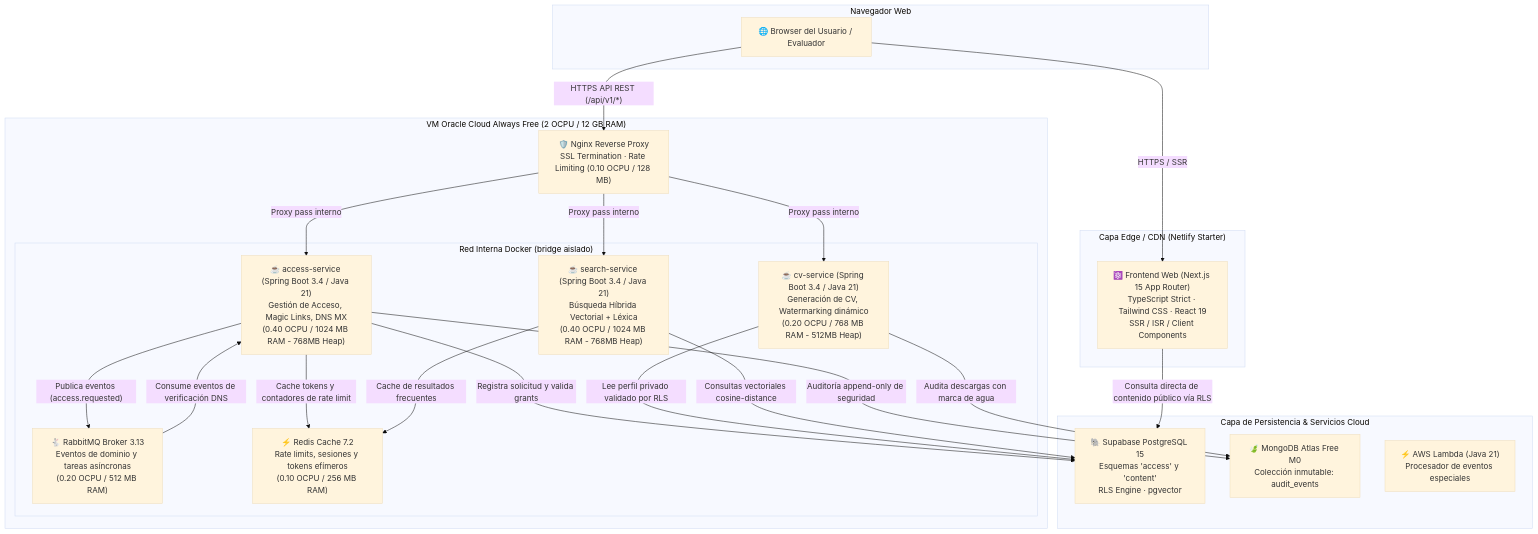
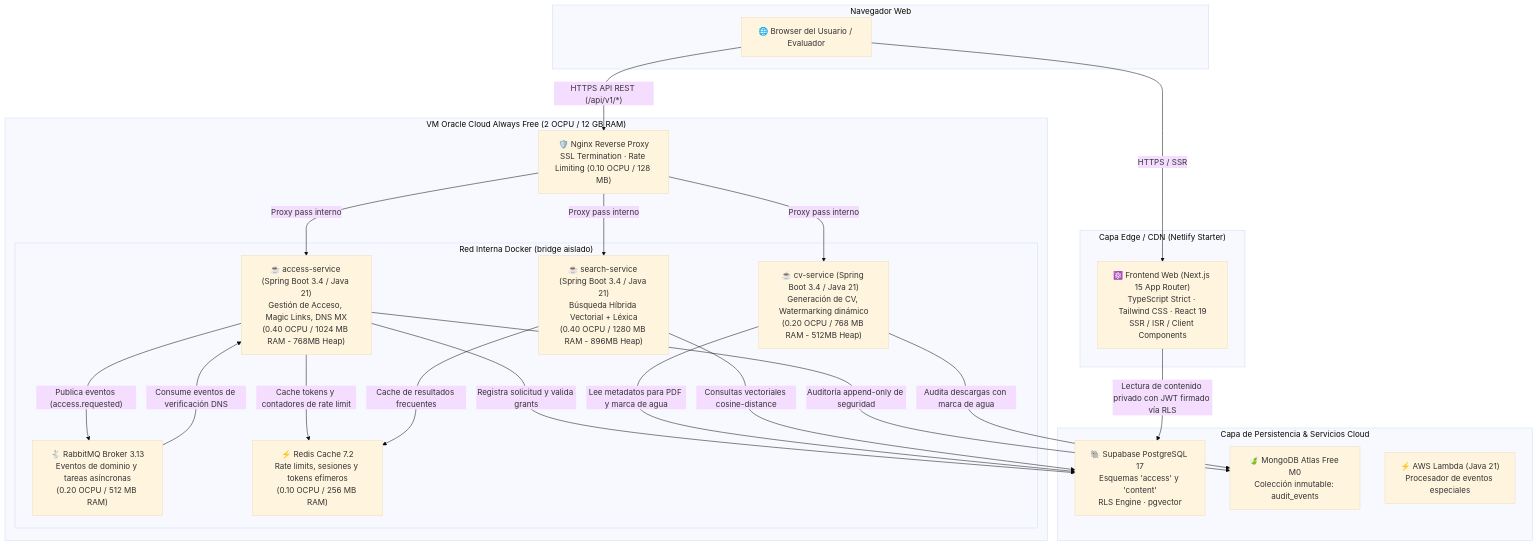
The second of 4 diagrams in docs/02-diseno/01-arquitectura-c4.md (hamartinez9408/ProyectoHV), drawn with Mermaid (base theme) before and after one commit. The commit also changed other lines of this file and 7 other files, not shown here.

````diff
--- a/docs/02-diseno/01-arquitectura-c4.md
+++ b/docs/02-diseno/01-arquitectura-c4.md
@@ -55,48 +55,48 @@
 ```mermaid
 flowchart TB
     subgraph Cliente["Navegador Web"]
         Browser["🌐 Browser del Usuario / Evaluador"]
     end
 
     subgraph EdgeNetlify["Capa Edge / CDN (Netlify Starter)"]
         NextFrontend["⚛️ Frontend Web (Next.js 15 App Router)<br/>TypeScript Strict · Tailwind CSS · React 19<br/>SSR / ISR / Client Components"]
     end
 
     subgraph VMOracle["VM Oracle Cloud Always Free (2 OCPU / 12 GB RAM)"]
         Nginx["🛡️ Nginx Reverse Proxy<br/>SSL Termination · Rate Limiting (0.10 OCPU / 128 MB)"]
         
         subgraph DockerNetwork["Red Interna Docker (bridge aislado)"]
             AccessSvc["☕ access-service (Spring Boot 3.4 / Java 21)<br/>Gestión de Acceso, Magic Links, DNS MX<br/>(0.40 OCPU / 1024 MB RAM - 768MB Heap)"]
             CvSvc["☕ cv-service (Spring Boot 3.4 / Java 21)<br/>Generación de CV, Watermarking dinámico<br/>(0.20 OCPU / 768 MB RAM - 512MB Heap)"]
-            SearchSvc["☕ search-service (Spring Boot 3.4 / Java 21)<br/>Búsqueda Híbrida Vectorial + Léxica<br/>(0.40 OCPU / 1024 MB RAM - 768MB Heap)"]
+            SearchSvc["☕ search-service (Spring Boot 3.4 / Java 21)<br/>Búsqueda Híbrida Vectorial + Léxica<br/>(0.40 OCPU / 1280 MB RAM - 896MB Heap)"]
             RabbitMQ["🐇 RabbitMQ Broker 3.13<br/>Eventos de dominio y tareas asíncronas<br/>(0.20 OCPU / 512 MB RAM)"]
             Redis["⚡ Redis Cache 7.2<br/>Rate limits, sesiones y tokens efímeros<br/>(0.10 OCPU / 256 MB RAM)"]
         end
     end
 
     subgraph NubeDatos["Capa de Persistencia & Servicios Cloud"]
-        Postgres["🐘 Supabase PostgreSQL 15<br/>Esquemas 'access' y 'content'<br/>RLS Engine · pgvector"]
+        Postgres["🐘 Supabase PostgreSQL 17<br/>Esquemas 'access' y 'content'<br/>RLS Engine · pgvector"]
         Mongo["🍃 MongoDB Atlas Free M0<br/>Colección inmutable: audit_events"]
         Lambda["⚡ AWS Lambda (Java 21)<br/>Procesador de eventos especiales"]
     end
 
     Browser -->|"HTTPS / SSR"| NextFrontend
     Browser -->|"HTTPS API REST (/api/v1/*)"| Nginx
     Nginx -->|"Proxy pass interno"| AccessSvc
     Nginx -->|"Proxy pass interno"| CvSvc
     Nginx -->|"Proxy pass interno"| SearchSvc
 
     AccessSvc -->|"Publica eventos (access.requested)"| RabbitMQ
     RabbitMQ -->|"Consume eventos de verificación DNS"| AccessSvc
     AccessSvc -->|"Cache tokens y contadores de rate limit"| Redis
     AccessSvc -->|"Registra solicitud y valida grants"| Postgres
     AccessSvc -->|"Auditoría append-only de seguridad"| Mongo
 
-    CvSvc -->|"Lee perfil privado validado por RLS"| Postgres
+    CvSvc -->|"Lee metadatos para PDF y marca de agua"| Postgres
     CvSvc -->|"Audita descargas con marca de agua"| Mongo
 
     SearchSvc -->|"Consultas vectoriales cosine-distance"| Postgres
     SearchSvc -->|"Cache de resultados frecuentes"| Redis
 
-    NextFrontend -->|"Consulta directa de contenido público vía RLS"| Postgres
+    NextFrontend -->|"Lectura de contenido privado con JWT firmado vía RLS"| Postgres
 ```
````
